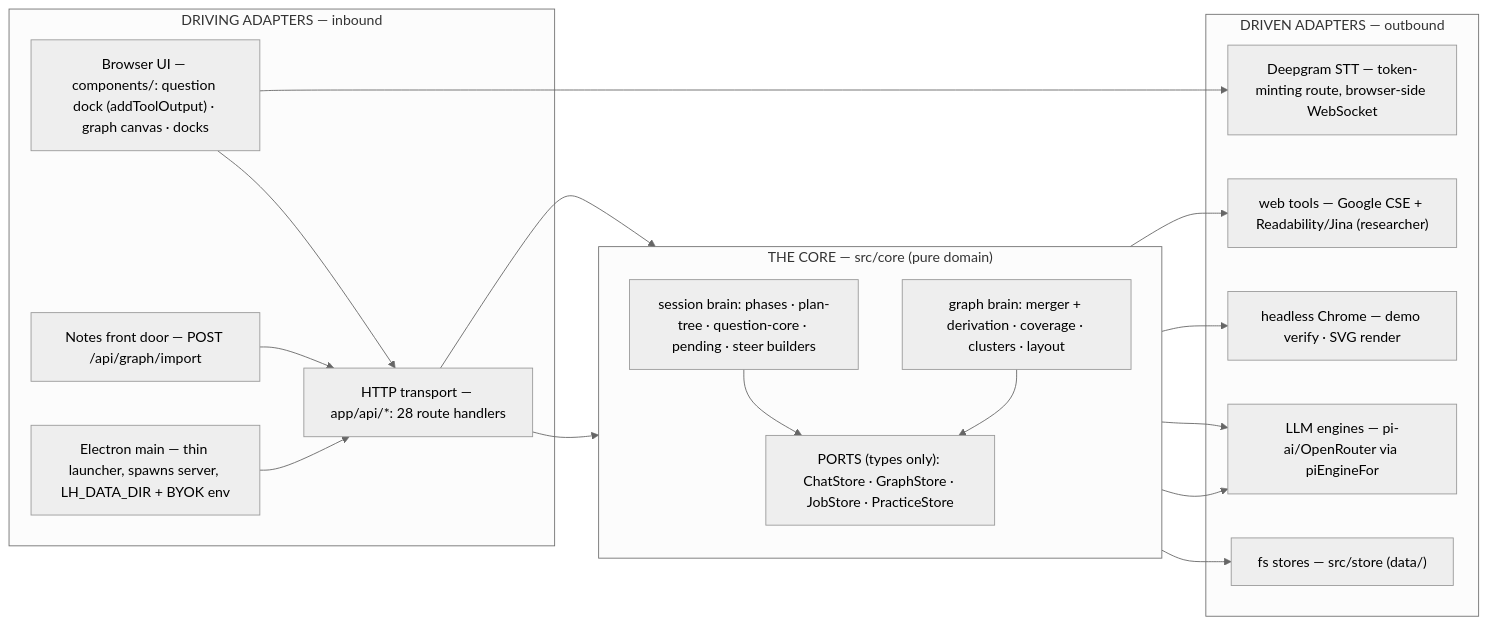
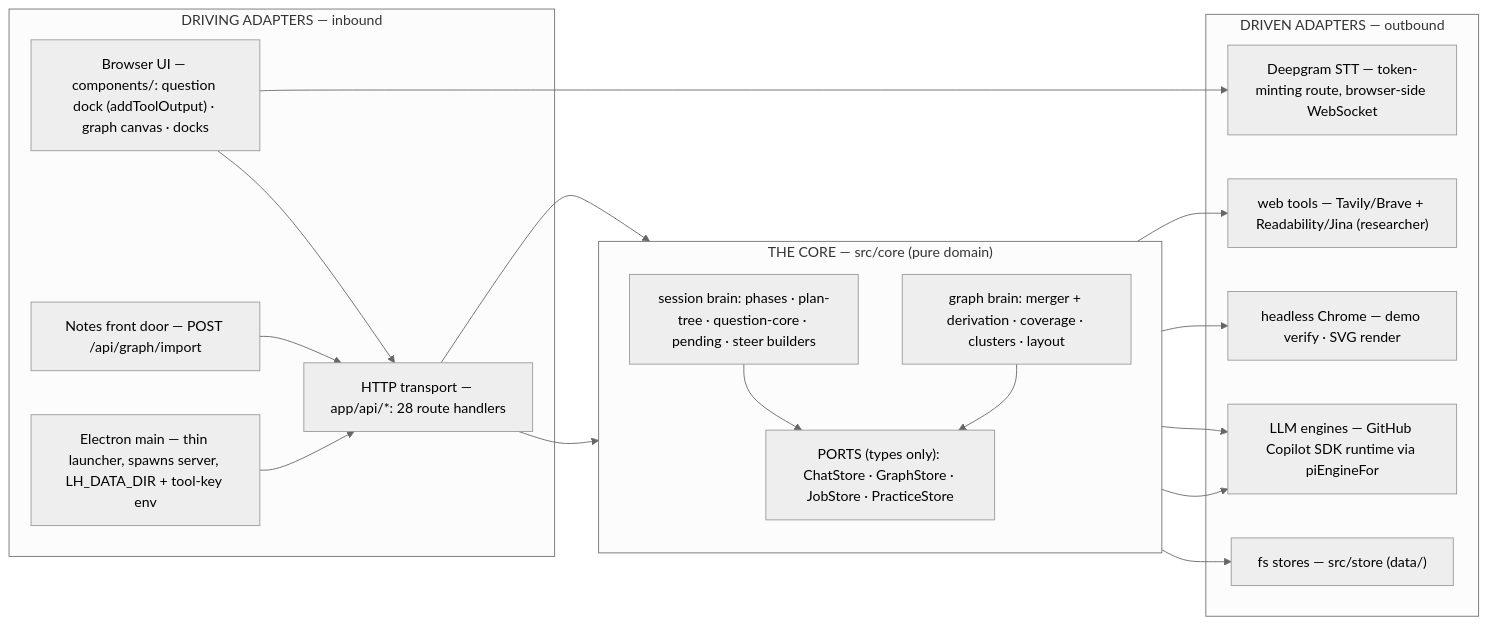
Before and after one commit to Bakar404/cairn: the second of 7 diagrams in docs/architecture.md, drawn with Mermaid (neutral theme). The commit also changed other lines of this file and 3 other files, not shown here.

First line of the commit message:
Document running Cairn on GitHub Copilot

````diff
--- a/docs/architecture.md
+++ b/docs/architecture.md
@@ -171,38 +171,38 @@
 ```mermaid
 flowchart LR
     subgraph DRIVING["DRIVING ADAPTERS — inbound"]
         BROWSER["Browser UI — components/: question dock (addToolOutput) · graph canvas · docks"]
         HTTP["HTTP transport — app/api/*: 28 route handlers"]
         NOTES["Notes front door — POST /api/graph/import"]
-        ELEC["Electron main — thin launcher, spawns server, LH_DATA_DIR + BYOK env"]
+        ELEC["Electron main — thin launcher, spawns server, LH_DATA_DIR + tool-key env"]
     end
 
     subgraph HEXCORE["THE CORE — src/core (pure domain)"]
         direction TB
         SESS["session brain: phases · plan-tree · question-core · pending · steer builders"]
         GBRAIN["graph brain: merger + derivation · coverage · clusters · layout"]
         PORTSBOX["PORTS (types only): ChatStore · GraphStore · JobStore · PracticeStore"]
     end
 
     subgraph DRIVEN["DRIVEN ADAPTERS — outbound"]
         FS["fs stores — src/store (data/)"]
-        LLM["LLM engines — pi-ai/OpenRouter via piEngineFor"]
+        LLM["LLM engines — GitHub Copilot SDK runtime via piEngineFor"]
         HEAD["headless Chrome — demo verify · SVG render"]
         DEEP["Deepgram STT — token-minting route, browser-side WebSocket"]
-        WEB["web tools — Google CSE + Readability/Jina (researcher)"]
+        WEB["web tools — Tavily/Brave + Readability/Jina (researcher)"]
     end
 
     BROWSER --> HTTP
     NOTES --> HTTP
     ELEC --> HTTP
     HTTP --> SESS
     HTTP --> GBRAIN
     SESS --> PORTSBOX
     GBRAIN --> PORTSBOX
     PORTSBOX --> FS
     SESS --> LLM
     GBRAIN --> LLM
     SESS --> HEAD
     SESS --> WEB
     BROWSER --> DEEP
 ```
````
